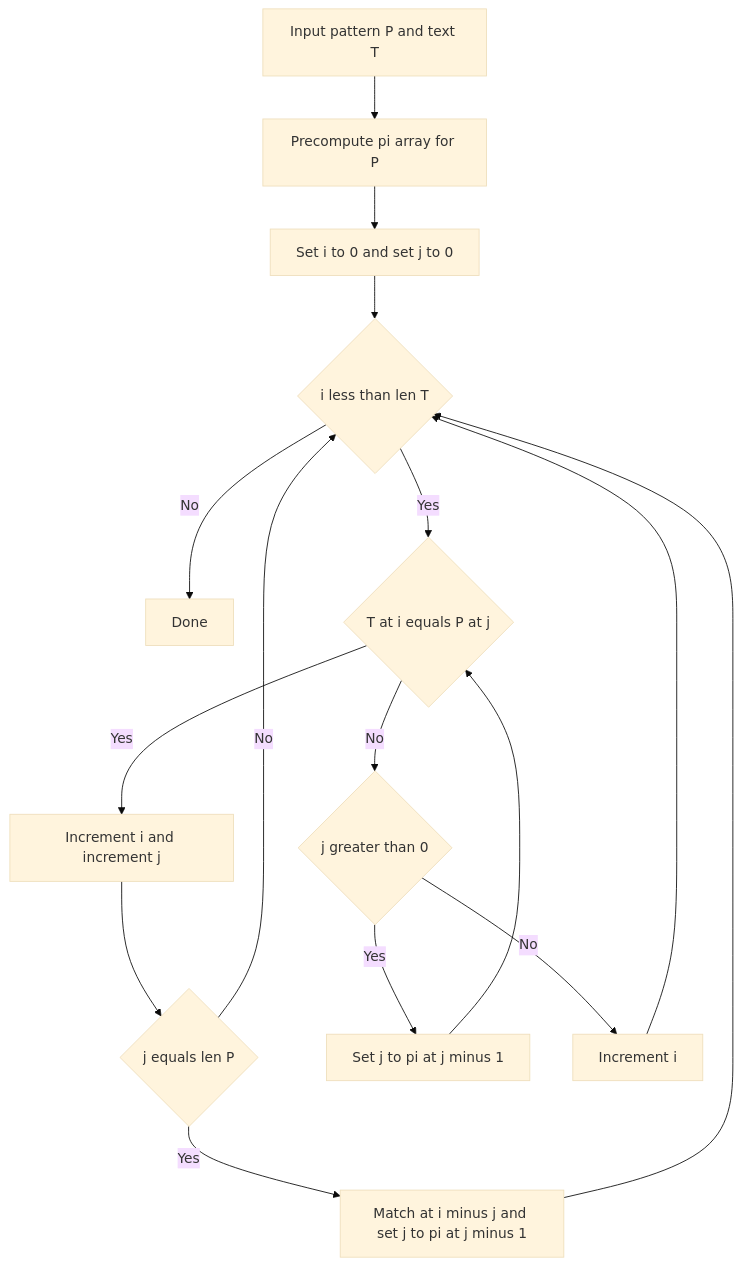
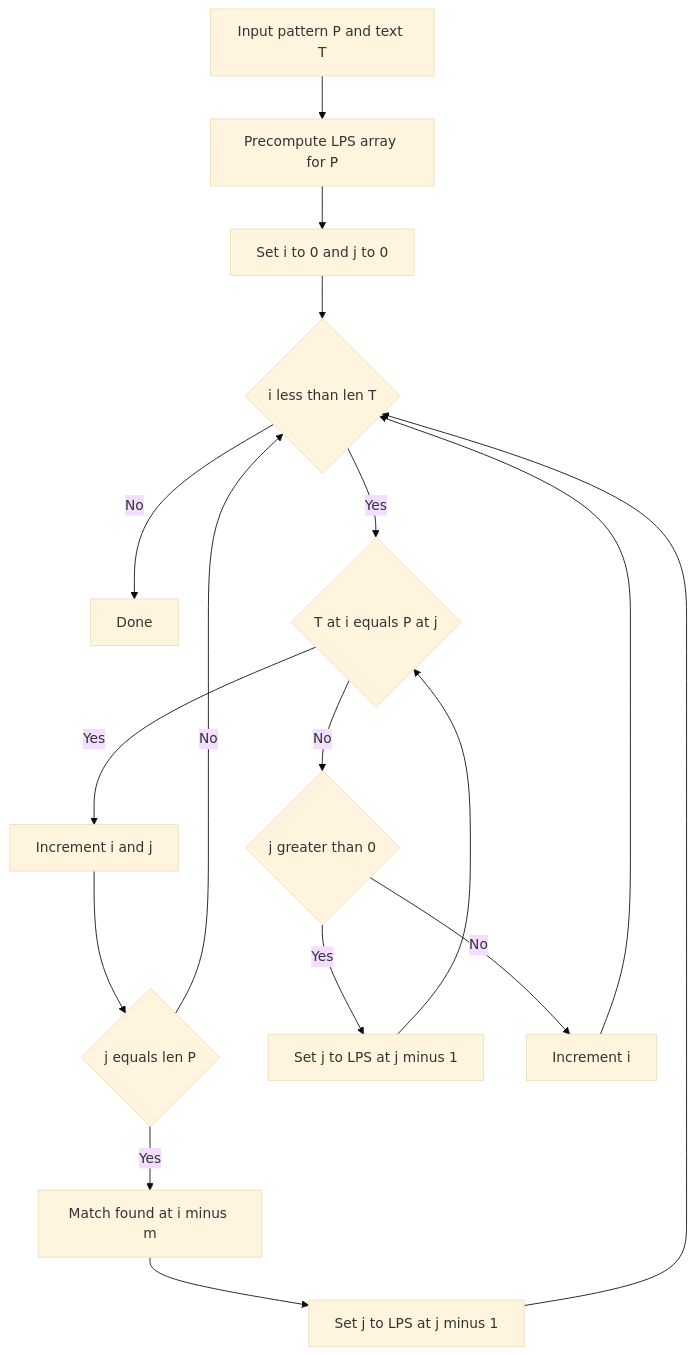
Before and after one commit to grafanaKibana/devbook.zip: the diagram in Vault/Software Engineering/02 Computer Science/Algorithms/Search Algorithms/KMP (Knuth-Morris-Pratt) Algorithm.md, drawn with Mermaid (base theme). The commit also changed other lines of this file and 3 other files, not shown here.

````diff
--- a/Vault/Software Engineering/02 Computer Science/Algorithms/Search Algorithms/KMP (Knuth-Morris-Pratt) Algorithm.md
+++ b/Vault/Software Engineering/02 Computer Science/Algorithms/Search Algorithms/KMP (Knuth-Morris-Pratt) Algorithm.md
@@ -35,18 +29,19 @@
 ```mermaid
 graph TD
-  S[Input pattern P and text T] --> P0[Precompute pi array for P]
-  P0 --> A[Set i to 0 and set j to 0]
+  S[Input pattern P and text T] --> P0[Precompute LPS array for P]
+  P0 --> A[Set i to 0 and j to 0]
   A --> B{i less than len T}
   B -->|No| Z[Done]
   B -->|Yes| C{T at i equals P at j}
-  C -->|Yes| D[Increment i and increment j]
+  C -->|Yes| D[Increment i and j]
   D --> E{j equals len P}
-  E -->|Yes| F[Match at i minus j and set j to pi at j minus 1]
+  E -->|Yes| F[Match found at i minus m]
+  F --> G[Set j to LPS at j minus 1]
+  G --> B
   E -->|No| B
-  F --> B
-  C -->|No| G{j greater than 0}
-  G -->|Yes| H[Set j to pi at j minus 1]
-  H --> C
-  G -->|No| I[Increment i]
-  I --> B
+  C -->|No| H{j greater than 0}
+  H -->|Yes| I[Set j to LPS at j minus 1]
+  I --> C
+  H -->|No| J[Increment i]
+  J --> B
 ```
````
